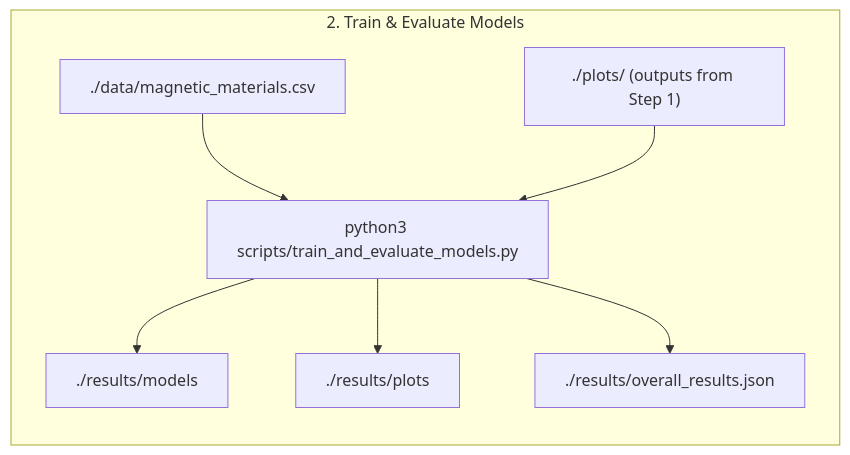
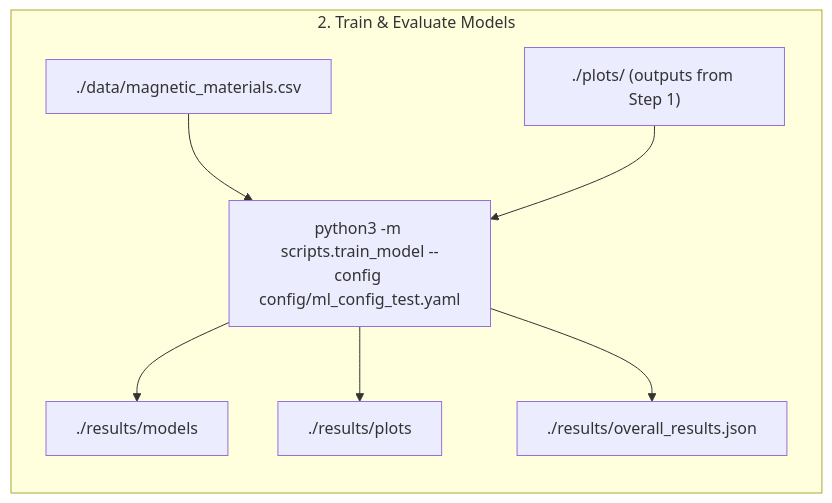
One commit to MaMMoS-project/ML-models changed the second of 2 diagrams in beyond-stoner-wohlfarth/inverse-single-grain-easy-axis-model/README.md. Above: the diagram before and after it, drawn with Mermaid.

Commit message:
test chart

````diff
--- a/beyond-stoner-wohlfarth/inverse-single-grain-easy-axis-model/README.md
+++ b/beyond-stoner-wohlfarth/inverse-single-grain-easy-axis-model/README.md
@@ -67,14 +67,14 @@
 ```mermaid
 flowchart LR
 
     subgraph cluster_1["2. Train & Evaluate Models"]
         direction TB
 
-        A1["./data/magnetic_materials.csv"] --> B1["python3 scripts/train_and_evaluate_models.py"]
+        A1["./data/magnetic_materials.csv"] --> B1["python3 -m scripts.train_model --config config/ml_config_test.yaml"]
         A2["./plots/ (outputs from Step 1)"] --> B1
 
         B1 --> O1["./results/models"]
         B1 --> O2["./results/plots"]
         B1 --> O3["./results/overall_results.json"]
     end
 ```
````
